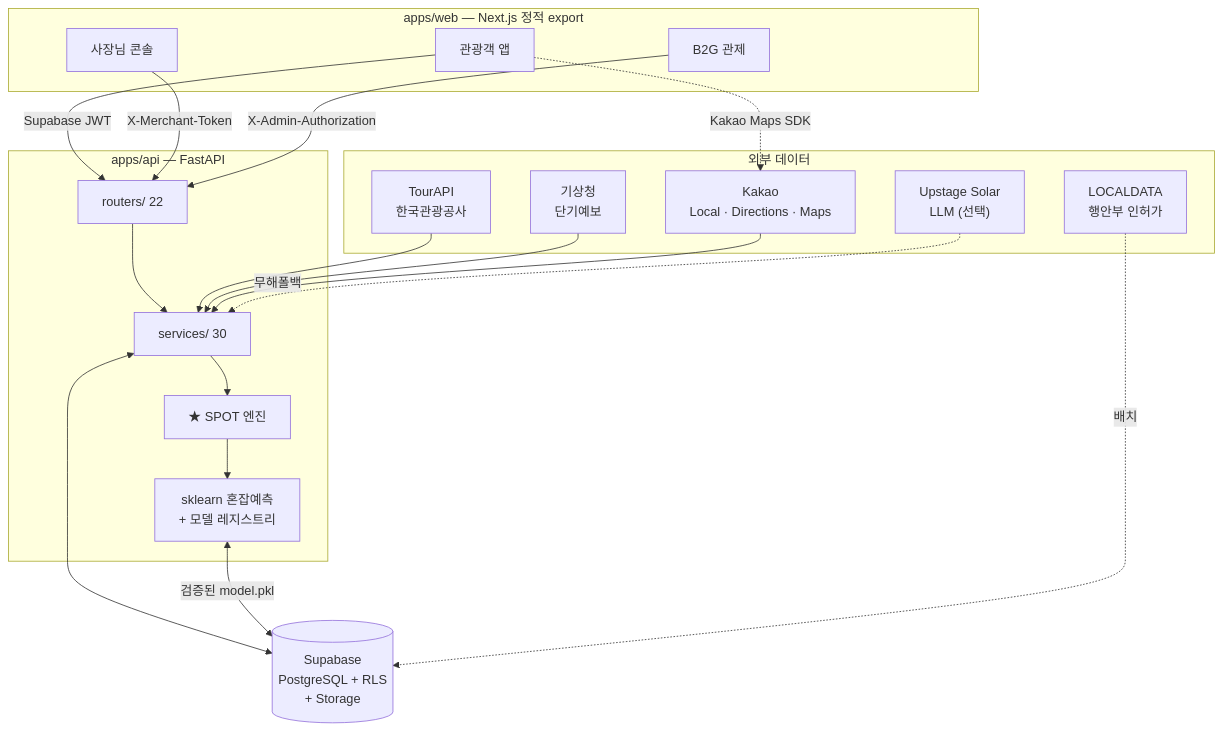
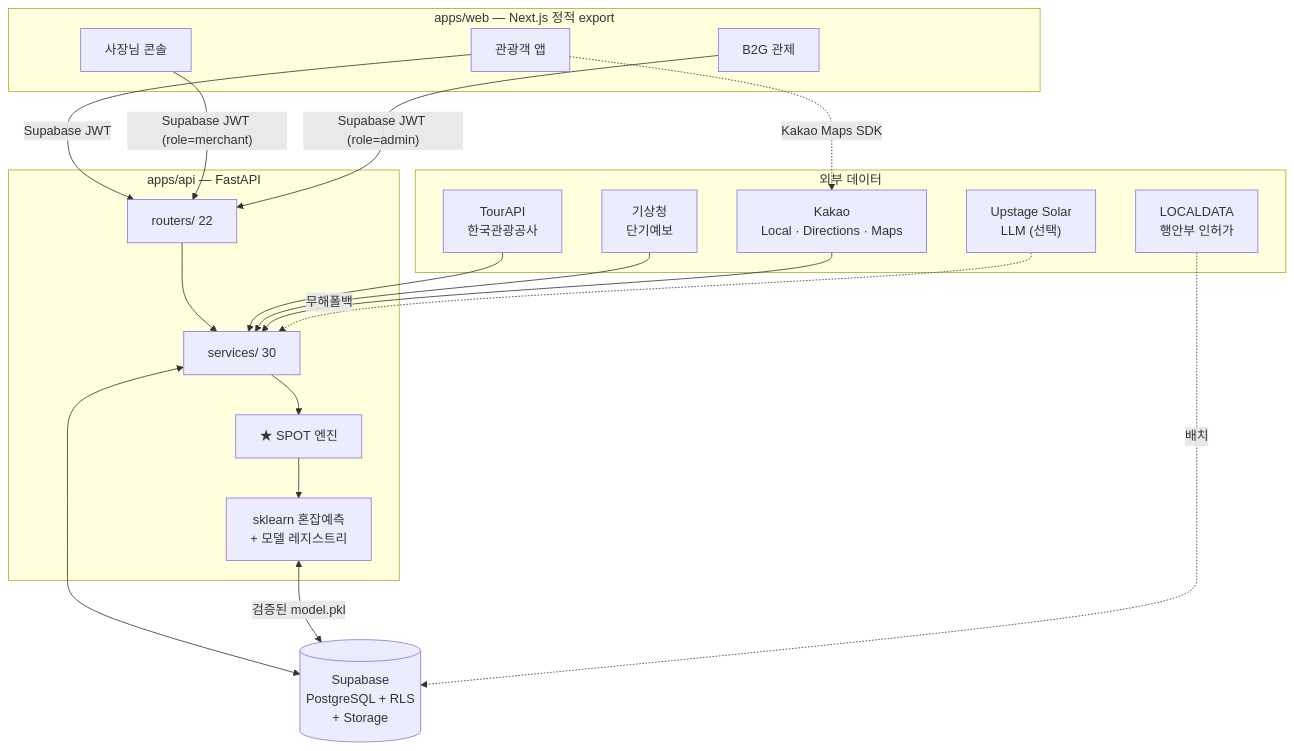
Before and after one commit to NextSpot-knu/NextSpot: the first of 2 diagrams in docs/SYSTEM_MAP.md, drawn with Mermaid. The commit also changed other lines of this file and 5 other files, not shown here.

````diff
--- a/docs/SYSTEM_MAP.md
+++ b/docs/SYSTEM_MAP.md
@@ -93,40 +95,40 @@
 ```mermaid
 flowchart TB
     subgraph EXT["외부 데이터"]
         TOUR["TourAPI<br/>한국관광공사"]
         KMA["기상청<br/>단기예보"]
         KAKAO["Kakao<br/>Local · Directions · Maps"]
         LOCAL["LOCALDATA<br/>행안부 인허가"]
         SOLAR["Upstage Solar<br/>LLM (선택)"]
     end
 
     subgraph WEB["apps/web — Next.js 정적 export"]
         U["관광객 앱"]
         M["사장님 콘솔"]
         A["B2G 관제"]
     end
 
     subgraph API["apps/api — FastAPI"]
         R["routers/ 22"]
         S["services/ 30"]
         SPOT["★ SPOT 엔진"]
         ML["sklearn 혼잡예측<br/>+ 모델 레지스트리"]
     end
 
     DB[("Supabase<br/>PostgreSQL + RLS<br/>+ Storage")]
 
     U -->|"Supabase JWT"| R
-    M -->|"X-Merchant-Token"| R
-    A -->|"X-Admin-Authorization"| R
+    M -->|"Supabase JWT (role=merchant)"| R
+    A -->|"Supabase JWT (role=admin)"| R
     R --> S
     S --> SPOT
     SPOT --> ML
     S <--> DB
     ML <-->|"검증된 model.pkl"| DB
     TOUR --> S
     KMA --> S
     KAKAO --> S
     LOCAL -.배치.-> DB
     SOLAR -.무해폴백.-> S
     U -.Kakao Maps SDK.-> KAKAO
 ```
````
